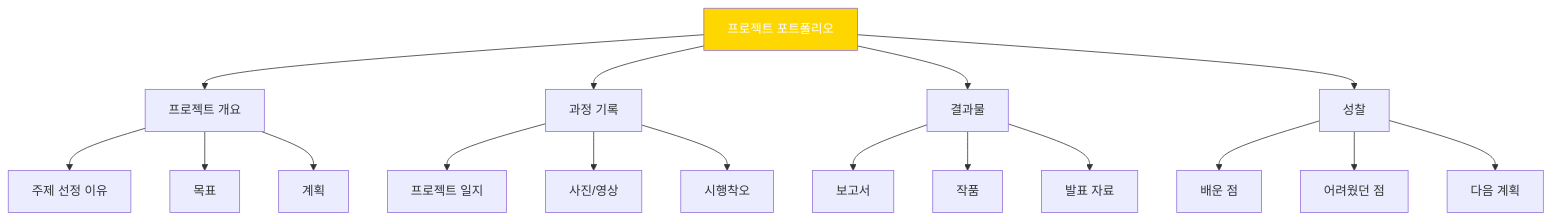
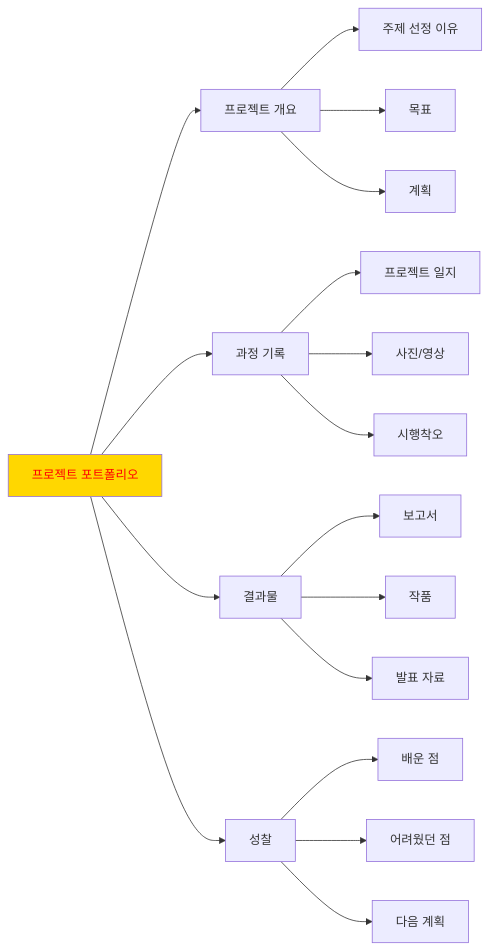
Diagram 25 of 30 in 4단계_프뢰벨_프로젝트기반_교육과정.md (Collegenie-X/froebel), drawn with Mermaid before and after one commit. The commit also changed other lines of this file and 3 other files, not shown here.

````diff
--- a/4단계_프뢰벨_프로젝트기반_교육과정.md
+++ b/4단계_프뢰벨_프로젝트기반_교육과정.md
@@ -1164,25 +1170,25 @@
 ```mermaid
-graph TD
+graph LR
     A[프로젝트 포트폴리오] --> B[프로젝트 개요]
     A --> C[과정 기록]
     A --> D[결과물]
     A --> E[성찰]
     
     B --> B1[주제 선정 이유]
     B --> B2[목표]
     B --> B3[계획]
     
     C --> C1[프로젝트 일지]
     C --> C2[사진/영상]
     C --> C3[시행착오]
     
     D --> D1[보고서]
     D --> D2[작품]
     D --> D3[발표 자료]
     
     E --> E1[배운 점]
     E --> E2[어려웠던 점]
     E --> E3[다음 계획]
     
-    style A fill:#FFD700,color:#fff
+    style A fill:#FFD700,color:#F00
 ```
````
